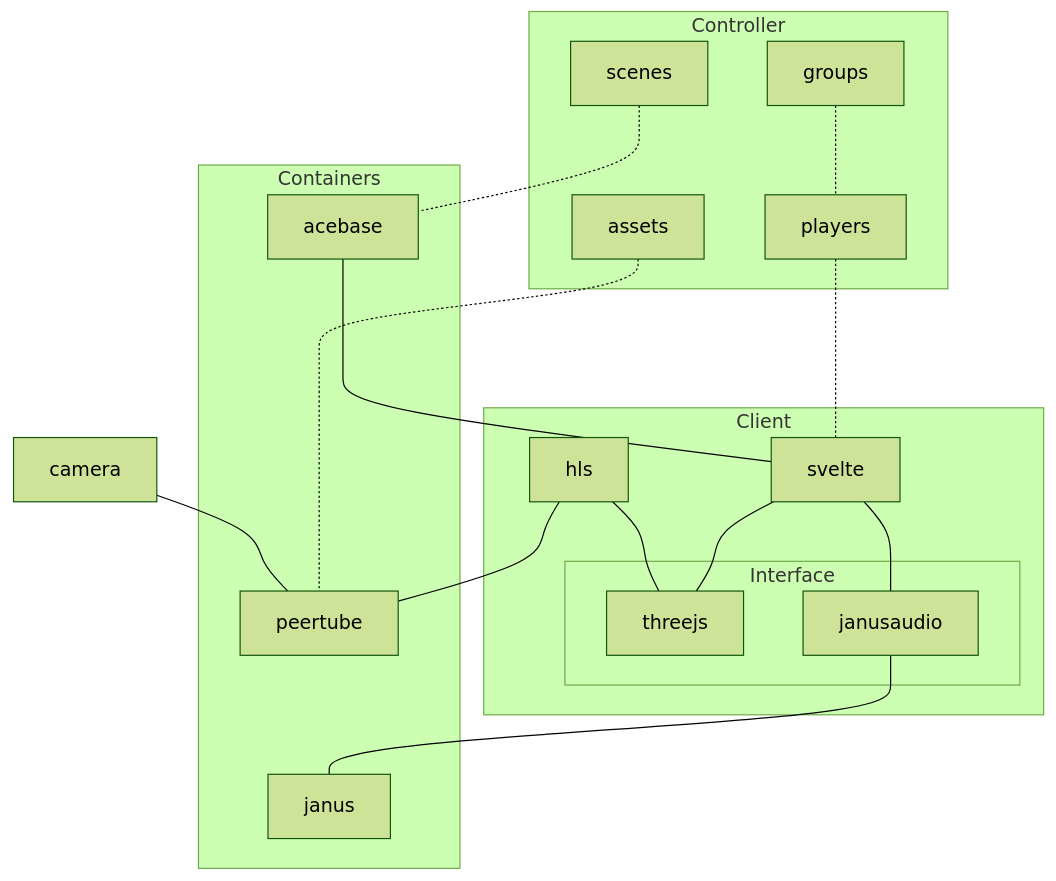
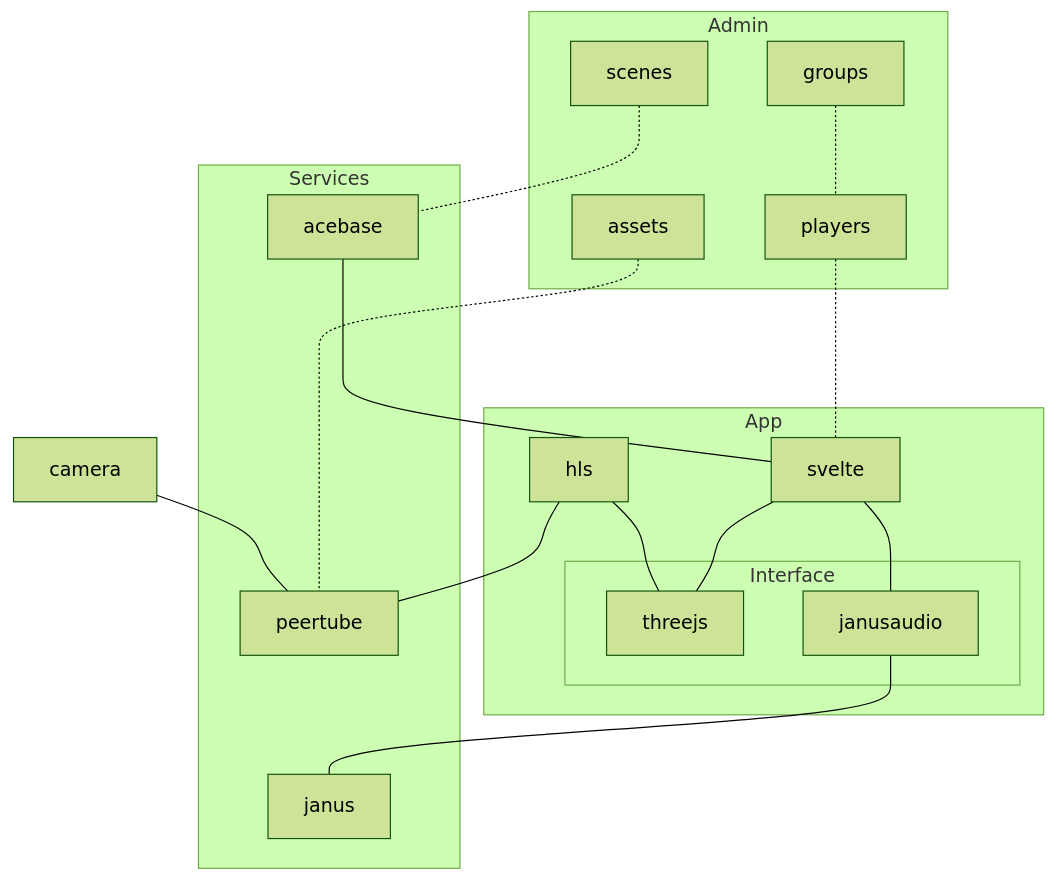
Before and after one commit to retani/360vr: the diagram in README.md, drawn with Mermaid (forest theme).

````diff
--- a/README.md
+++ b/README.md
@@ -3,43 +3,43 @@
 ```mermaid
 
 graph TD
 
-    subgraph Containers
+    subgraph Services
       acebase
       janus
       peertube
     end
 
-    subgraph Client
+    subgraph App
       svelte
       hls
       subgraph Interface
         threejs
         janusaudio
       end
     end
 
-    subgraph Controller
+    subgraph Admin
       scenes
       assets
       players
       groups
     end
     
     acebase ---- svelte
     janusaudio --- janus
     hls --- peertube
 
     svelte --- threejs
     hls --- threejs
 
     svelte --- janusaudio
 
     assets -.- peertube
     scenes -.- acebase
     players -.- svelte
     groups -.- players
     
     camera --- peertube
     
 ```
````
